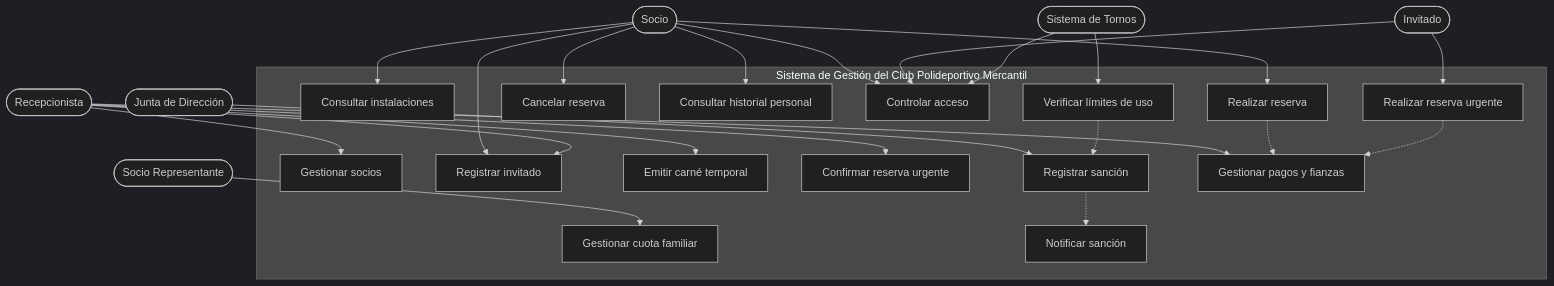
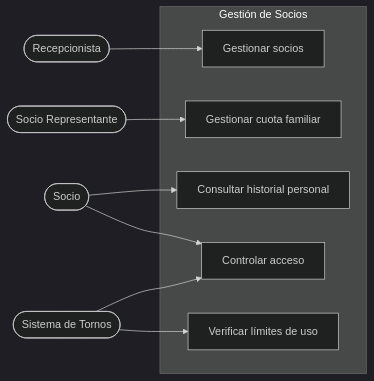
The first of 9 diagrams in Captura_Elicitacion_Requisitos_Club_Deportivo.md (andres20980/kasten-docs), drawn with Mermaid (dark theme) before and after one commit. The commit also changed other lines of this file, not shown here.

````diff
--- a/Captura_Elicitacion_Requisitos_Club_Deportivo.md
+++ b/Captura_Elicitacion_Requisitos_Club_Deportivo.md
@@ -77,55 +81,22 @@
 ```mermaid
-graph TB
-    subgraph Sistema["Sistema de Gestión del Club Polideportivo Mercantil"]
+graph LR
+    Socio([Socio])
+    SocioRep([Socio Representante])
+    Recep([Recepcionista])
+    Tornos([Sistema de Tornos])
+    
+    subgraph Sistema1["Gestión de Socios"]
         CU01[Gestionar socios]
         CU02[Gestionar cuota familiar]
-        CU03[Consultar instalaciones]
-        CU04[Realizar reserva]
-        CU05[Cancelar reserva]
         CU06[Consultar historial personal]
         CU07[Controlar acceso]
         CU08[Verificar límites de uso]
-        CU09[Registrar invitado]
-        CU10[Emitir carné temporal]
-        CU11[Realizar reserva urgente]
-        CU12[Confirmar reserva urgente]
-        CU13[Registrar sanción]
-        CU14[Notificar sanción]
-        CU15[Gestionar pagos y fianzas]
     end
     
-    Socio([Socio])
-    Representante([Socio Representante])
-    Invitado([Invitado])
-    Recepcionista([Recepcionista])
-    Junta([Junta de Dirección])
-    Tornos([Sistema de Tornos])
-    
-    Socio --> CU03
-    Socio --> CU04
-    Socio --> CU05
+    Recep --> CU01
+    SocioRep --> CU02
     Socio --> CU06
     Socio --> CU07
-    Socio --> CU09
-    
-    Representante --> CU02
-    
-    Invitado --> CU11
-    Invitado --> CU07
-    
-    Recepcionista --> CU01
-    Recepcionista --> CU09
-    Recepcionista --> CU10
-    Recepcionista --> CU12
-    Recepcionista --> CU15
-    
-    Junta --> CU13
-    
     Tornos --> CU07
     Tornos --> CU08
-    
-    CU13 -.-> CU14
-    CU08 -.-> CU13
-    CU04 -.-> CU15
-    CU11 -.-> CU15
 ```
````
